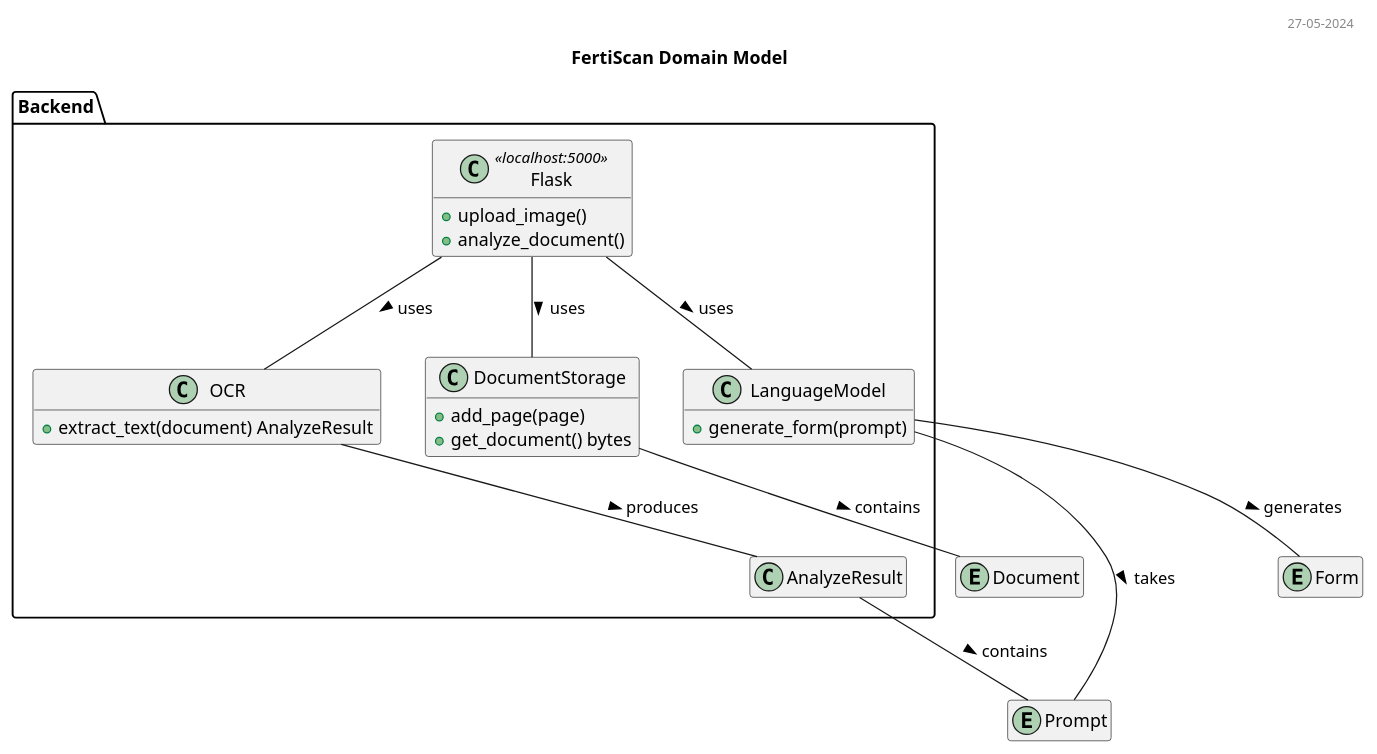
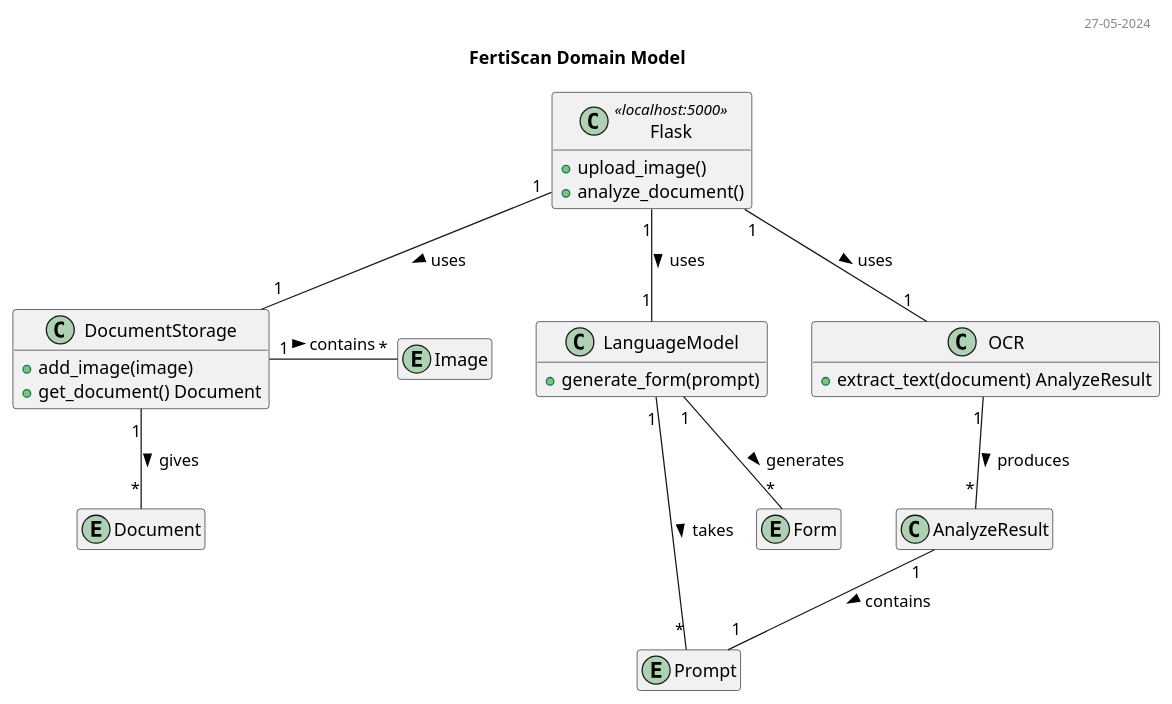
Before and after one commit to ai-cfia/fertiscan-backend: the diagram in docs/domain_model.puml, drawn with PlantUML.

Commit message:
docs: aggregation relations

```diff
--- a/docs/domain_model.puml
+++ b/docs/domain_model.puml
@@ -1,48 +1,45 @@
 @startuml Model Diagram
 
 header 27-05-2024
  
 title FertiScan Domain Model
  
 hide empty members
  
-package Backend {
-
 class "Flask" as S <<localhost:5000>> {
   + upload_image()
   + analyze_document()
 }
- 
-    class "DocumentStorage" as DS {
-    + add_page(page)
-    + get_document() bytes
-    }
 
-    class "LanguageModel" as LLM {
-    + generate_form(prompt)
-    }
+class "DocumentStorage" as DS {
++ add_image(image)
++ get_document() Document
+}
 
-    class "OCR" {
-    + extract_text(document) AnalyzeResult
-    }
+class "LanguageModel" as LLM {
++ generate_form(prompt)
+}
 
-    class "AnalyzeResult" as R
+class "OCR" {
++ extract_text(document) AnalyzeResult
 }
- 
- 
+
+class "AnalyzeResult" as R
+entity "Image" as I
+entity "Document" as D
 entity "Prompt" as P 
-entity "Document" as D
 entity "Form" as F
  
  
-S -down- OCR: uses >
-S -down- LLM: uses >
-S -down- DS: uses >
+S "1" -down- "1" OCR: uses >
+S "1" -down- "1" LLM: uses >
+S "1" -down- "1" DS: uses >
  
-OCR -down- R: produces >
-DS -down- D: contains > 
-LLM -down- P: takes >
-LLM -down- F: generates >
-R -down- P: contains >
+OCR "1" -down- "*" R: produces >
+DS "1" -down- "*" D: gives > 
+DS "1" - "*" I: contains >
+LLM "1" -down- "*" P: takes >
+LLM "1" -down- "*" F: generates >
+R "1" -down- "1" P: contains >
 
 @enduml
```
